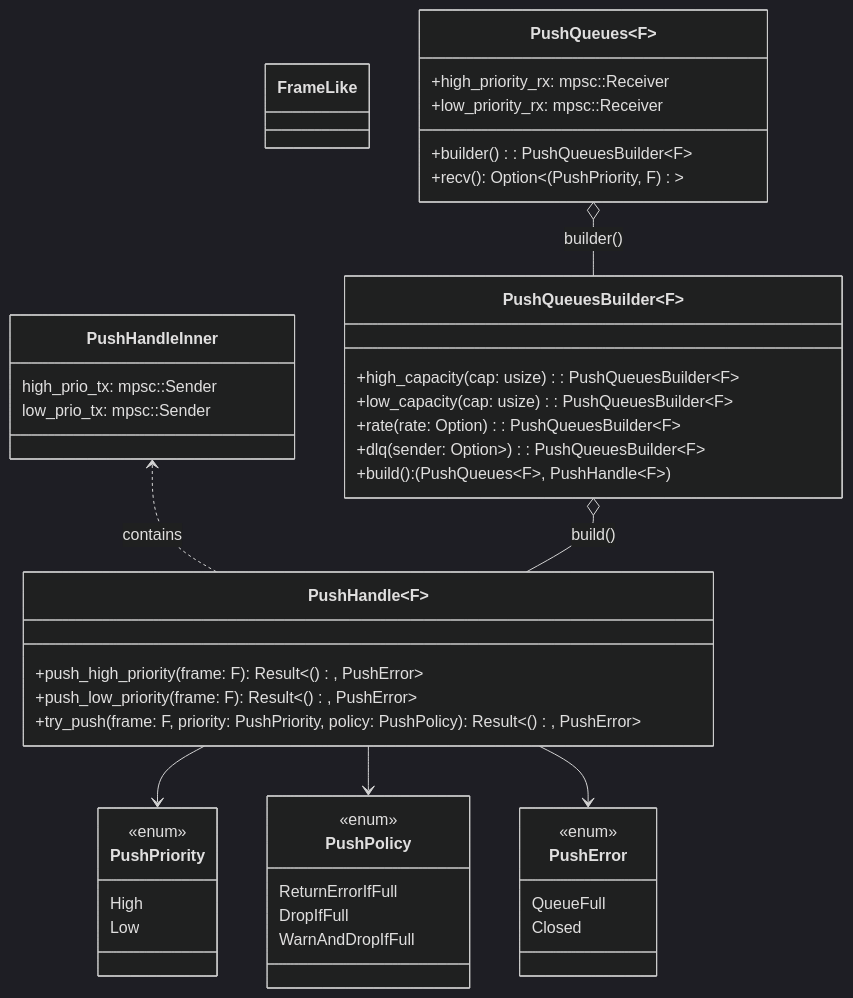
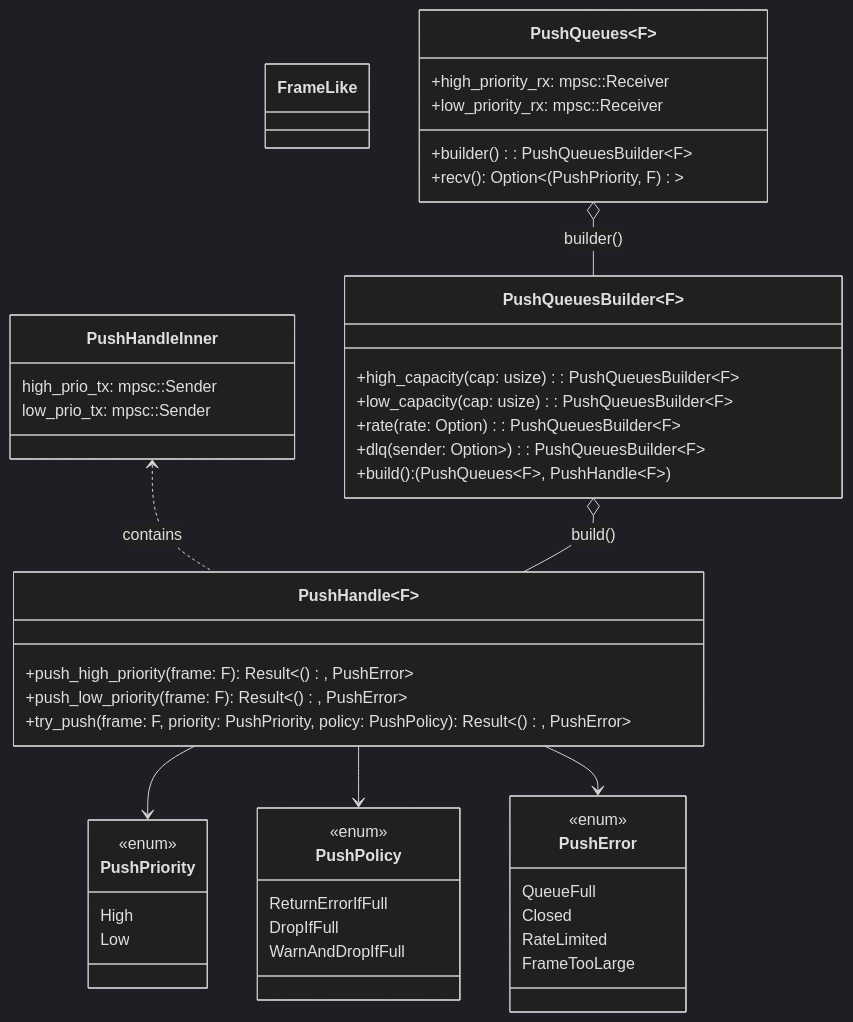
Before and after one commit to leynos/wireframe: the sixth of 16 diagrams in docs/asynchronous-outbound-messaging-design.md, drawn with Mermaid (dark theme). The commit also changed other lines of this file and 25 other files, not shown here.

````diff
--- a/docs/asynchronous-outbound-messaging-design.md
+++ b/docs/asynchronous-outbound-messaging-design.md
@@ -409,50 +412,52 @@
 ```mermaid
 classDiagram
     class FrameLike {
     }
     class PushPriority {
         <<enum>>
         High
         Low
     }
     class PushPolicy {
         <<enum>>
         ReturnErrorIfFull
         DropIfFull
         WarnAndDropIfFull
     }
     class PushError {
         <<enum>>
         QueueFull
         Closed
+        RateLimited
+        FrameTooLarge
     }
     class PushHandleInner {
         high_prio_tx: mpsc::Sender<F>
         low_prio_tx: mpsc::Sender<F>
     }
     class PushHandle~F~ {
         +push_high_priority(frame: F): Result<(), PushError>
         +push_low_priority(frame: F): Result<(), PushError>
         +try_push(frame: F, priority: PushPriority, policy: PushPolicy): Result<(), PushError>
     }
     class PushQueues~F~ {
         +high_priority_rx: mpsc::Receiver<F>
         +low_priority_rx: mpsc::Receiver<F>
         +builder(): PushQueuesBuilder~F~
         +recv(): Option<(PushPriority, F)>
     }
     class PushQueuesBuilder~F~ {
         +high_capacity(cap: usize): PushQueuesBuilder~F~
         +low_capacity(cap: usize): PushQueuesBuilder~F~
         +rate(rate: Option<usize>): PushQueuesBuilder~F~
         +dlq(sender: Option<mpsc::Sender<F>>): PushQueuesBuilder~F~
         +build(): (PushQueues~F~, PushHandle~F~)
     }
 
     PushHandleInner <.. PushHandle~F~ : contains
     PushQueues~F~ o-- PushQueuesBuilder~F~ : builder()
     PushQueuesBuilder~F~ o-- PushHandle~F~ : build()
     PushHandle --> PushPriority
     PushHandle --> PushPolicy
     PushHandle --> PushError
 ```
````
